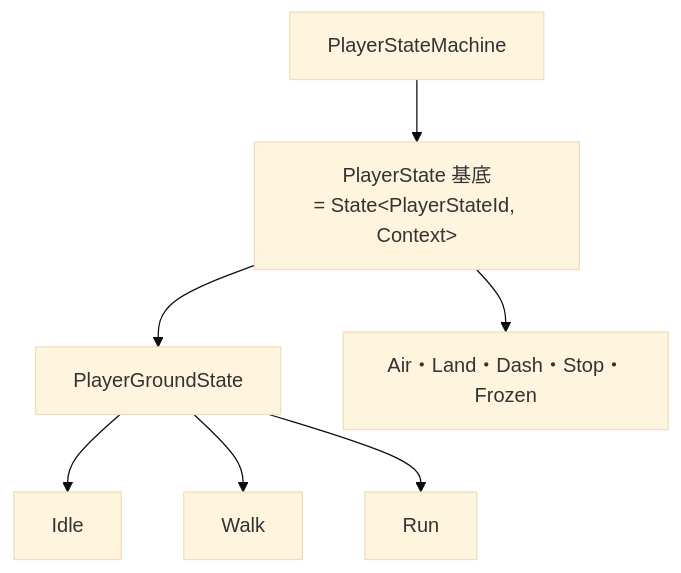
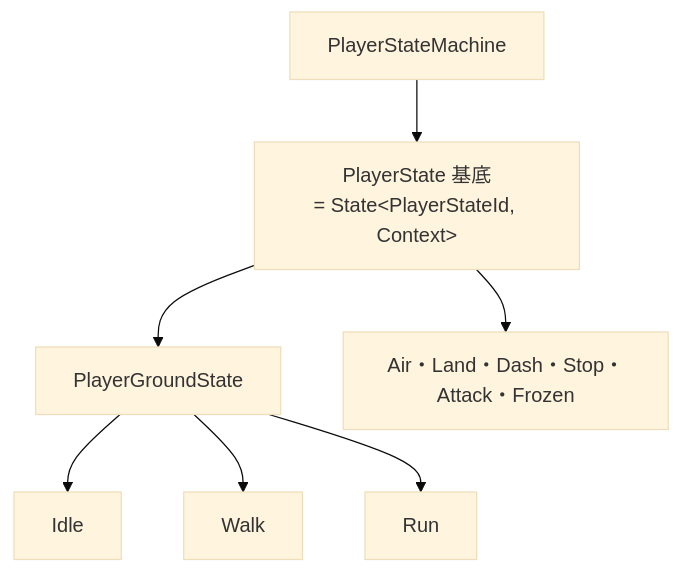
Before and after one commit to hirota-ryuki/Action: the third of 3 diagrams in Action/docs/ゲーム/プレイヤー/プレイヤーのステートの設計.md, drawn with Mermaid (base theme). The commit also changed other lines of this file and 18 other files, not shown here.

````diff
--- a/Action/docs/ゲーム/プレイヤー/プレイヤーのステートの設計.md
+++ b/Action/docs/ゲーム/プレイヤー/プレイヤーのステートの設計.md
@@ -67,9 +72,9 @@
 ```mermaid
 flowchart TD
     SM[PlayerStateMachine] --> S["PlayerState 基底<br/>= State#60;PlayerStateId, Context#62;"]
     S --> G[PlayerGroundState]
     G --> I[Idle]
     G --> W[Walk]
     G --> R[Run]
-    S --> O["Air・Land・Dash・Stop・Frozen"]
+    S --> O["Air・Land・Dash・Stop・Attack・Frozen"]
 ```
````
